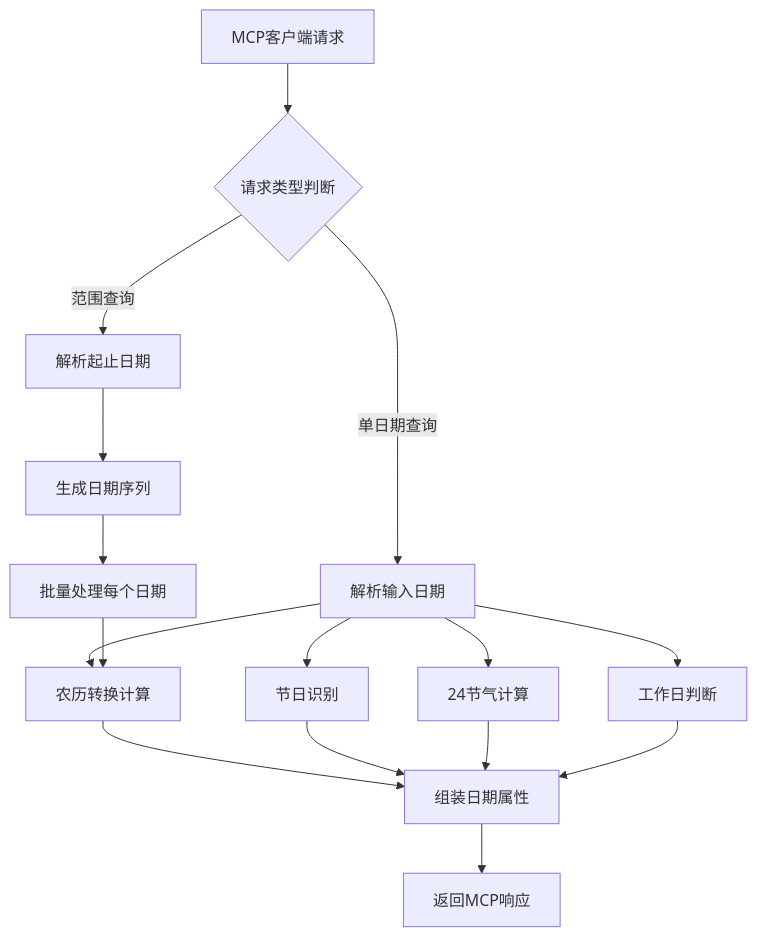
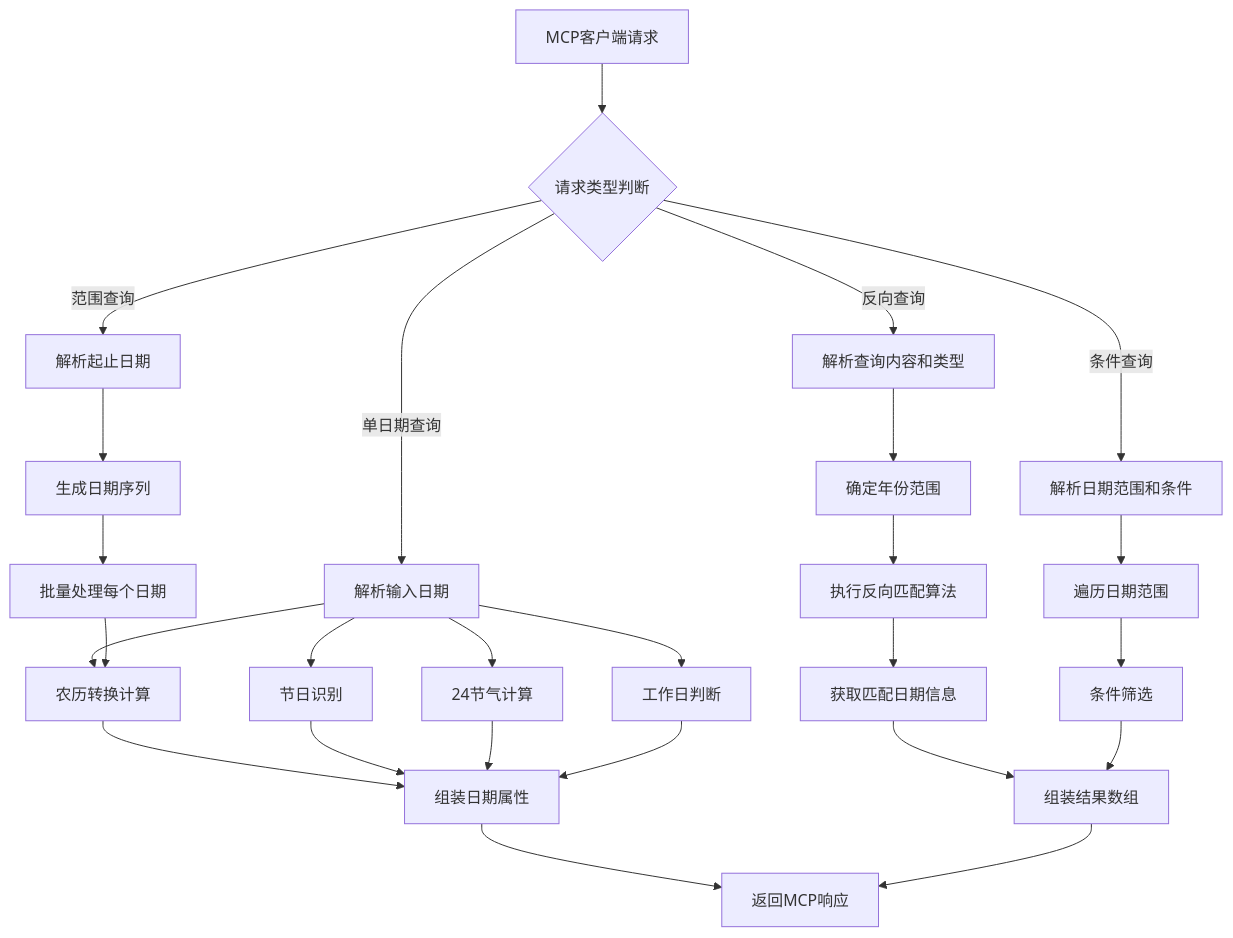
The diagram in .trae/documents/中国农历节日转换MCP服务产品需求文档.md (Tairraos/sino-calendar-mcp), drawn with Mermaid before and after one commit. The commit also changed other lines of this file and 14 other files, not shown here.

````diff
--- a/.trae/documents/中国农历节日转换MCP服务产品需求文档.md
+++ b/.trae/documents/中国农历节日转换MCP服务产品需求文档.md
@@ -54,18 +82,28 @@
 ```mermaid
 graph TD
     A[MCP客户端请求] --> B{请求类型判断}
     B -->|单日期查询| C[解析输入日期]
     B -->|范围查询| D[解析起止日期]
+    B -->|反向查询| M[解析查询内容和类型]
+    B -->|条件查询| N[解析日期范围和条件]
     C --> E[农历转换计算]
     C --> F[节日识别]
     C --> G[24节气计算]
     C --> H[工作日判断]
     D --> I[生成日期序列]
     I --> J[批量处理每个日期]
     J --> E
+    M --> O[确定年份范围]
+    O --> P[执行反向匹配算法]
+    P --> Q[获取匹配日期信息]
+    N --> R[遍历日期范围]
+    R --> S[条件筛选]
     E --> K[组装日期属性]
     F --> K
     G --> K
     H --> K
+    Q --> T[组装结果数组]
+    S --> T
     K --> L[返回MCP响应]
+    T --> L
 ```
````
